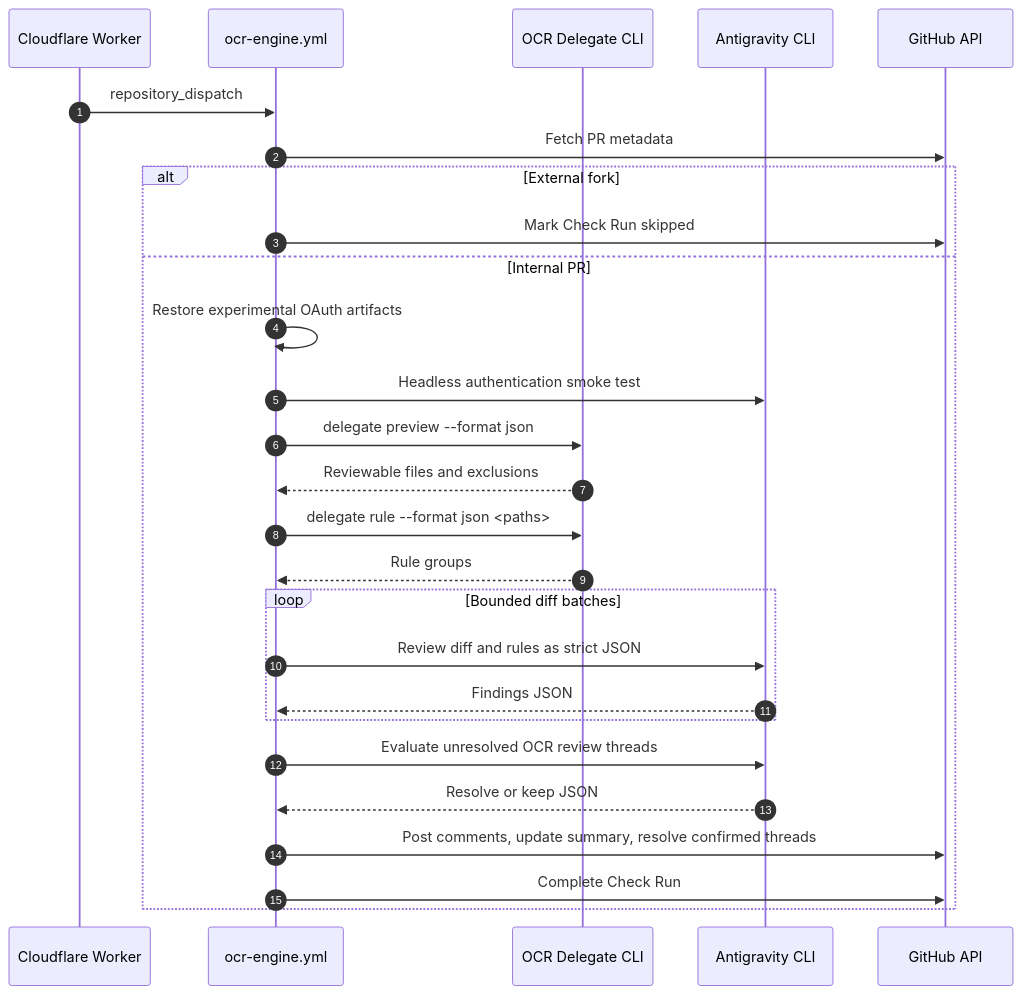
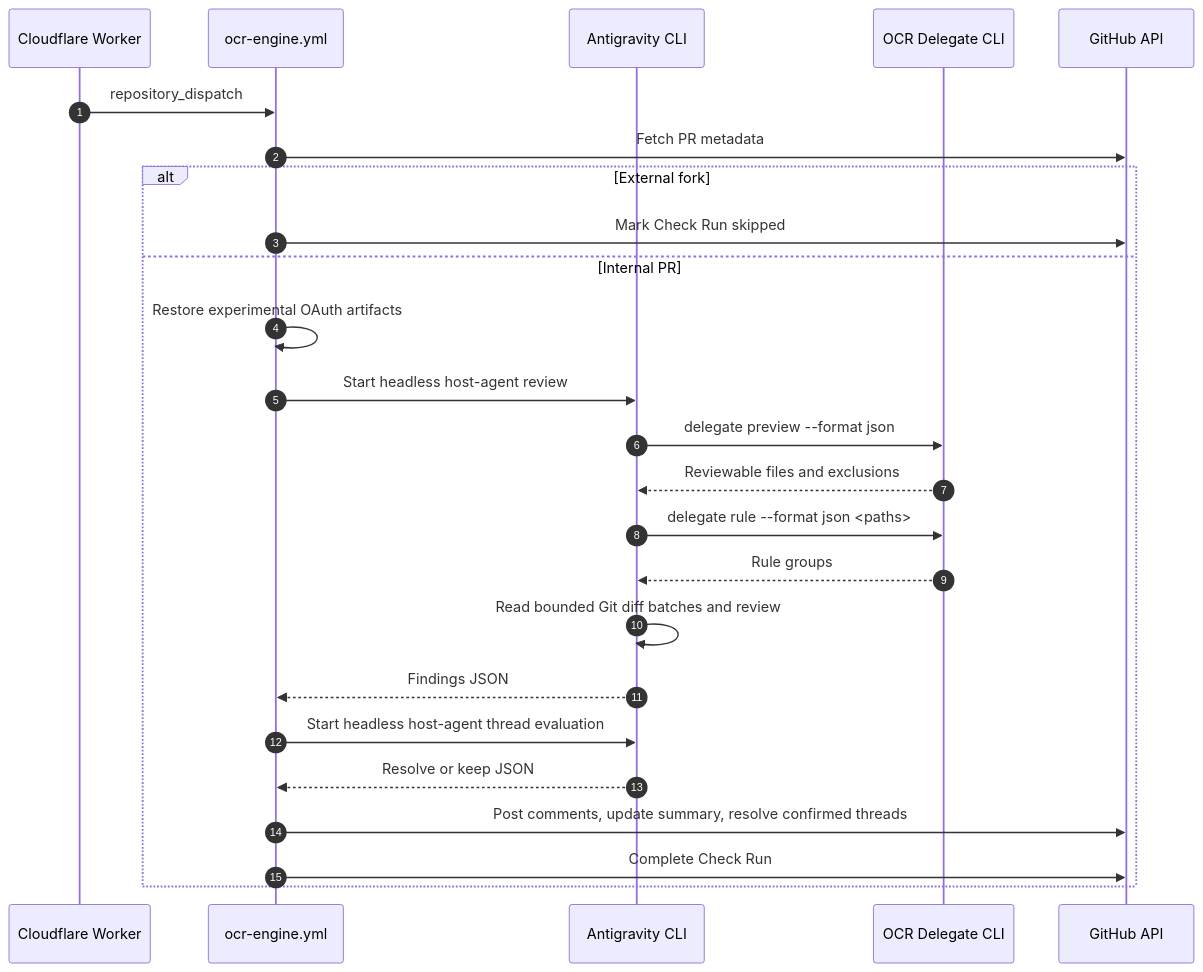
Before and after one commit to yohi/ocr-app: the diagram in docs/superpowers/specs/2026-08-14-antigravity-ocr-github-actions-design.md, drawn with Mermaid. The commit also changed other lines of this file, not shown here.

````diff
--- a/docs/superpowers/specs/2026-08-14-antigravity-ocr-github-actions-design.md
+++ b/docs/superpowers/specs/2026-08-14-antigravity-ocr-github-actions-design.md
@@ -64,30 +65,28 @@
 ```mermaid
 sequenceDiagram
     autonumber
     participant Worker as Cloudflare Worker
     participant Engine as ocr-engine.yml
+    participant AGY as Antigravity CLI
     participant OCR as OCR Delegate CLI
-    participant AGY as Antigravity CLI
     participant GH as GitHub API
 
     Worker->>Engine: repository_dispatch
     Engine->>GH: Fetch PR metadata
     alt External fork
         Engine->>GH: Mark Check Run skipped
     else Internal PR
         Engine->>Engine: Restore experimental OAuth artifacts
-        Engine->>AGY: Headless authentication smoke test
-        Engine->>OCR: delegate preview --format json
-        OCR-->>Engine: Reviewable files and exclusions
-        Engine->>OCR: delegate rule --format json <paths>
-        OCR-->>Engine: Rule groups
-        loop Bounded diff batches
-            Engine->>AGY: Review diff and rules as strict JSON
-            AGY-->>Engine: Findings JSON
-        end
-        Engine->>AGY: Evaluate unresolved OCR review threads
+        Engine->>AGY: Start headless host-agent review
+        AGY->>OCR: delegate preview --format json
+        OCR-->>AGY: Reviewable files and exclusions
+        AGY->>OCR: delegate rule --format json <paths>
+        OCR-->>AGY: Rule groups
+        AGY->>AGY: Read bounded Git diff batches and review
+        AGY-->>Engine: Findings JSON
+        Engine->>AGY: Start headless host-agent thread evaluation
         AGY-->>Engine: Resolve or keep JSON
         Engine->>GH: Post comments, update summary, resolve confirmed threads
         Engine->>GH: Complete Check Run
     end
 ```
````
